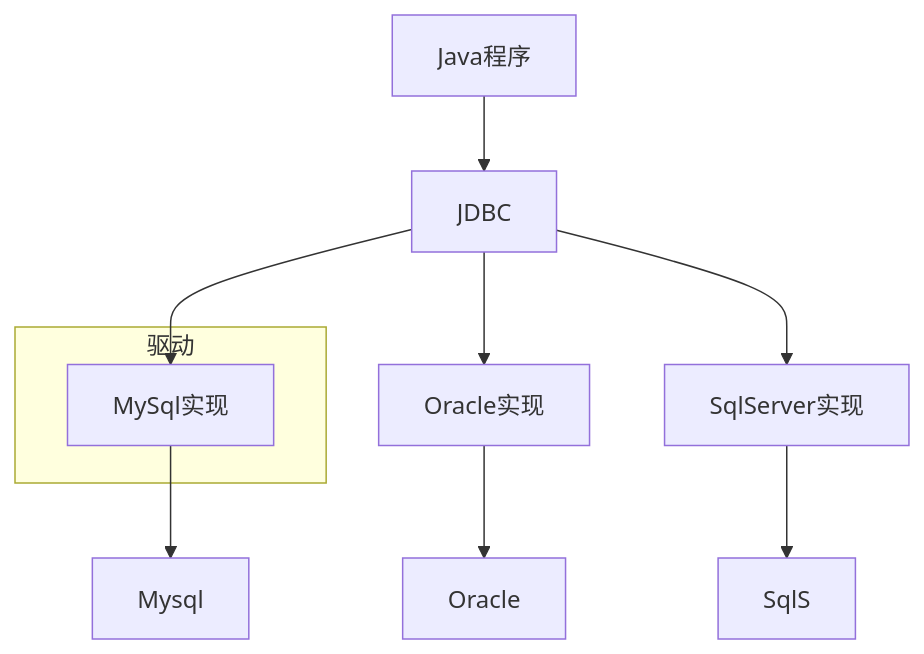
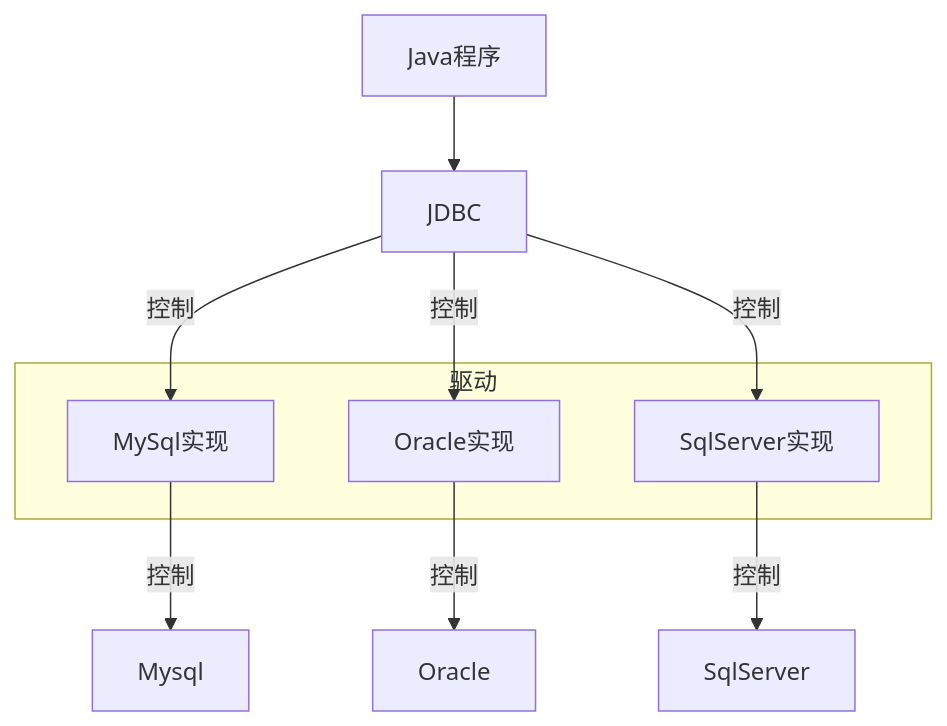
Before and after one commit to poppop9/obsidian: the diagram in 💻计算机/数据库/MyBatis.md, drawn with Mermaid. The commit also changed other lines of this file and 2 other files, not shown here.

Commit message:
vault backup: 2023-11-14 15:41:19

````diff
--- a/💻计算机/数据库/MyBatis.md
+++ b/💻计算机/数据库/MyBatis.md
@@ -19,15 +19,17 @@
 ```mermaid
 graph TB
 	a[Java程序]-->b[JDBC]
-	b-->c[MySql实现]
-	b-->d[Oracle实现]
-	b-->e[SqlServer实现]
+	b--控制-->c[MySql实现]
+	b--控制-->d[Oracle实现]
+	b--控制-->e[SqlServer实现]
 
-	c-->f[Mysql]
-	d-->g[Oracle]
-	e-->h[SqlS]
+	c--控制-->f[Mysql]
+	d--控制-->g[Oracle]
+	e--控制-->h[SqlServer]
 
     subgraph 驱动
     c
+    d
+    e
     end
 ```
````
